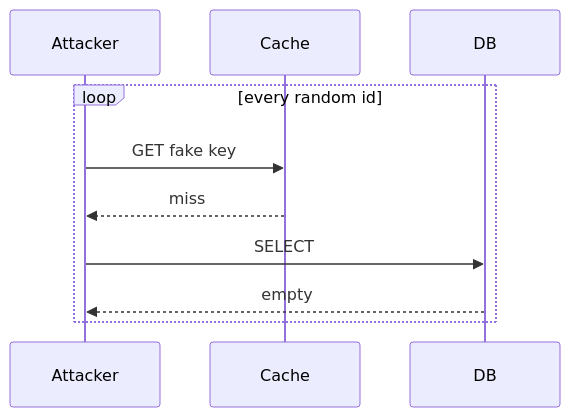
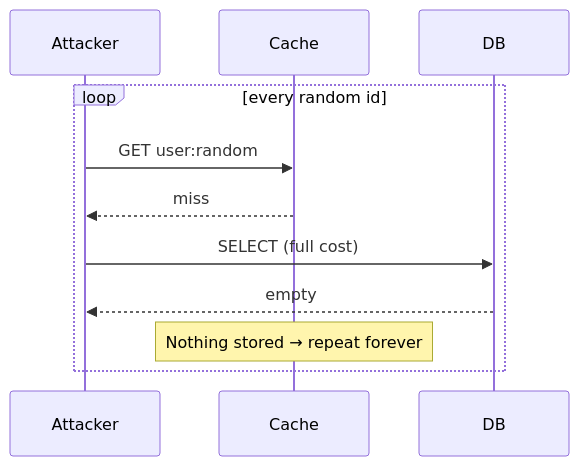
Diagram 17 of 19 in 03-caching/README.md (hareramcse/SystemDesign), drawn with Mermaid before and after one commit. The commit also changed other lines of this file and 14 other files, not shown here.

````diff
--- a/03-caching/README.md
+++ b/03-caching/README.md
@@ -775,12 +1050,13 @@
 ```mermaid
 sequenceDiagram
     participant Attacker
     participant Cache
     participant DB
     loop every random id
-        Attacker->>Cache: GET fake key
+        Attacker->>Cache: GET user:random
         Cache-->>Attacker: miss
-        Attacker->>DB: SELECT
+        Attacker->>DB: SELECT (full cost)
         DB-->>Attacker: empty
+        Note over Cache: Nothing stored → repeat forever
     end
 ```
````
